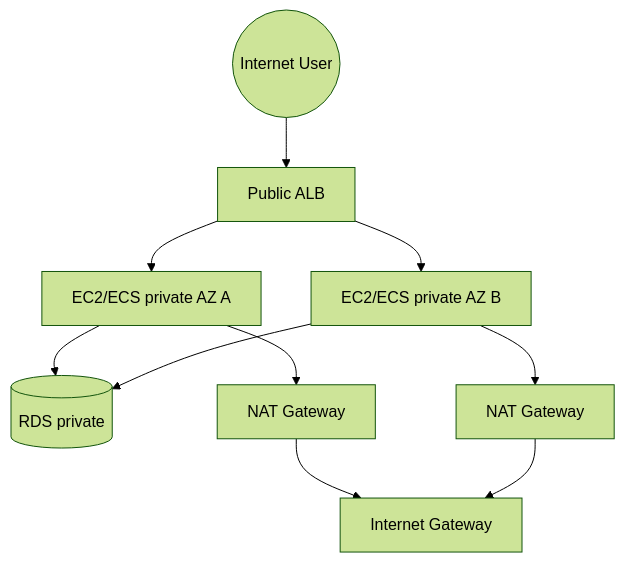
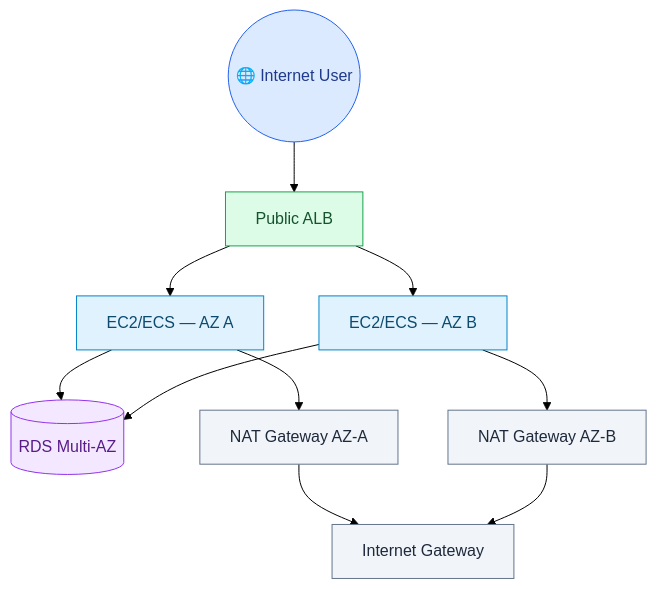
One commit to dinhnhatnguyen/Map_di_phong_van changed the diagram in AWS/01-core-services/networking.md. Above: the diagram before and after it, drawn with Mermaid (forest theme). The commit also changed 1 other file, not shown here.

Commit message:
docs: Enhance architecture patterns documentation with improved mermaid diagrams and additional details

````diff
--- a/AWS/01-core-services/networking.md
+++ b/AWS/01-core-services/networking.md
@@ -33,12 +33,18 @@
 ```mermaid
 flowchart TD
-    User((Internet User)) --> ALB[Public ALB]
-    ALB --> App1[EC2/ECS private AZ A]
-    ALB --> App2[EC2/ECS private AZ B]
-    App1 --> DB[(RDS private)]
+    classDef internet fill:#dbeafe,stroke:#2563eb,color:#1e3a8a
+    classDef lb       fill:#dcfce7,stroke:#16a34a,color:#14532d
+    classDef compute  fill:#e0f2fe,stroke:#0284c7,color:#0c4a6e
+    classDef db       fill:#f3e8ff,stroke:#9333ea,color:#581c87
+    classDef nat      fill:#f1f5f9,stroke:#64748b,color:#1e293b
+
+    User((🌐 Internet User)):::internet --> ALB[Public ALB]:::lb
+    ALB --> App1[EC2/ECS — AZ A]:::compute
+    ALB --> App2[EC2/ECS — AZ B]:::compute
+    App1 --> DB[(RDS Multi-AZ)]:::db
     App2 --> DB
-    App1 --> NAT[NAT Gateway]
-    App2 --> NAT2[NAT Gateway]
-    NAT --> IGW[Internet Gateway]
+    App1 --> NAT1[NAT Gateway AZ-A]:::nat
+    App2 --> NAT2[NAT Gateway AZ-B]:::nat
+    NAT1 --> IGW[Internet Gateway]:::nat
     NAT2 --> IGW
 ```
````
